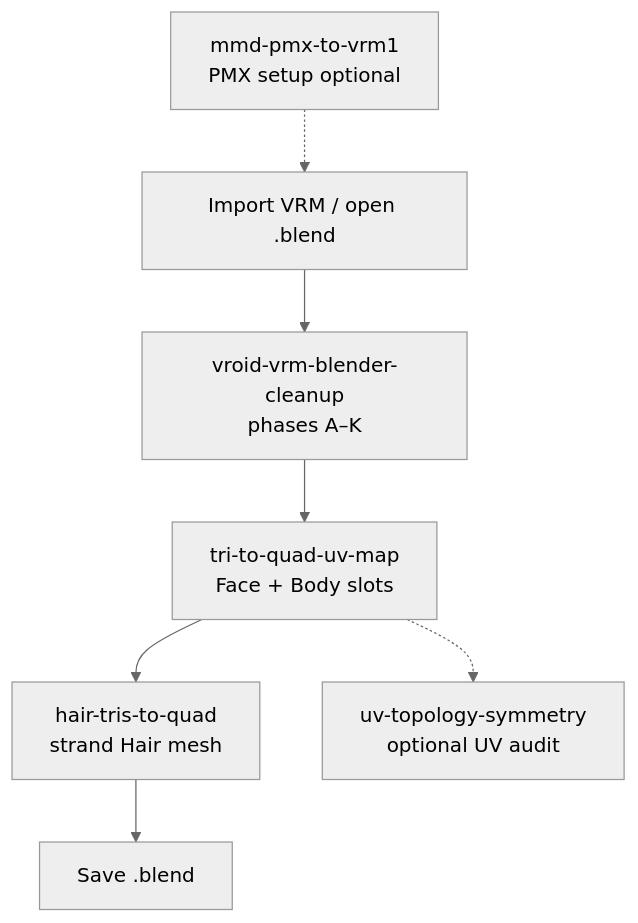
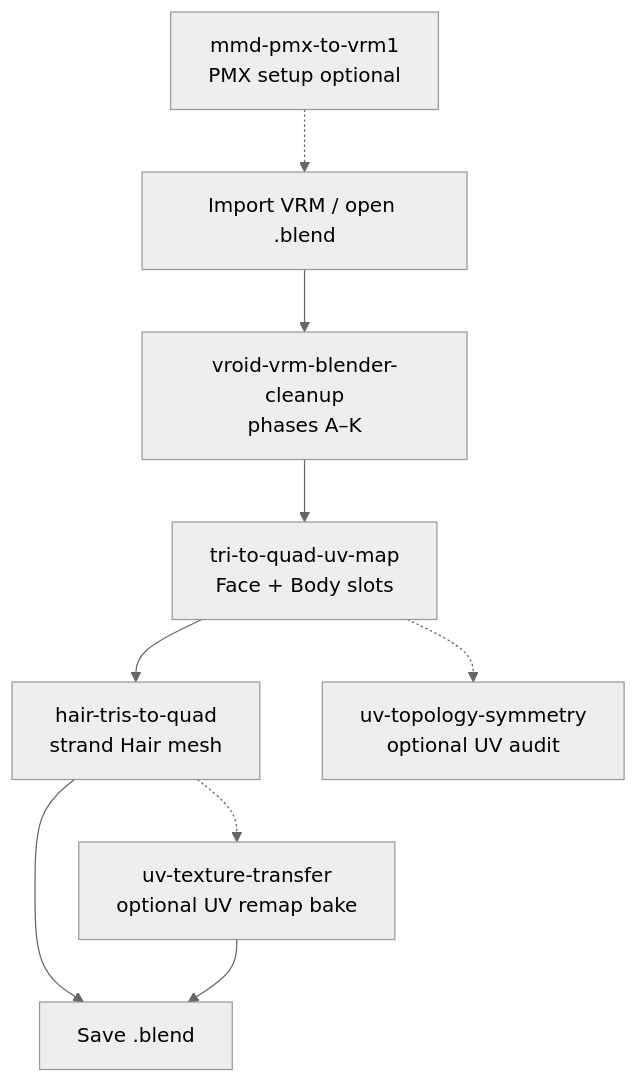
The first of 8 diagrams in skills/README.md (miramocha/blender-skills-and-rules), drawn with Mermaid (neutral theme) before and after one commit. The commit also changed other lines of this file and 3 other files, not shown here.

First line of the commit message:
feat(uv): add Cycles same-mesh UV remap bake

````diff
--- a/skills/README.md
+++ b/skills/README.md
@@ -24,15 +24,18 @@
 ```mermaid
 flowchart TD
   pmx[mmd-pmx-to-vrm1<br/>PMX setup optional]
   start[Import VRM / open .blend]
   cleanup[vroid-vrm-blender-cleanup<br/>phases A–K]
   tq[tri-to-quad-uv-map<br/>Face + Body slots]
   hair[hair-tris-to-quad<br/>strand Hair mesh]
+  uvx[uv-texture-transfer<br/>optional UV remap bake]
   sym[uv-topology-symmetry<br/>optional UV audit]
   save[Save .blend]
 
   pmx -.-> start
   start --> cleanup --> tq --> hair
   tq -.-> sym
+  hair -.-> uvx
   hair --> save
+  uvx --> save
 ```
````
